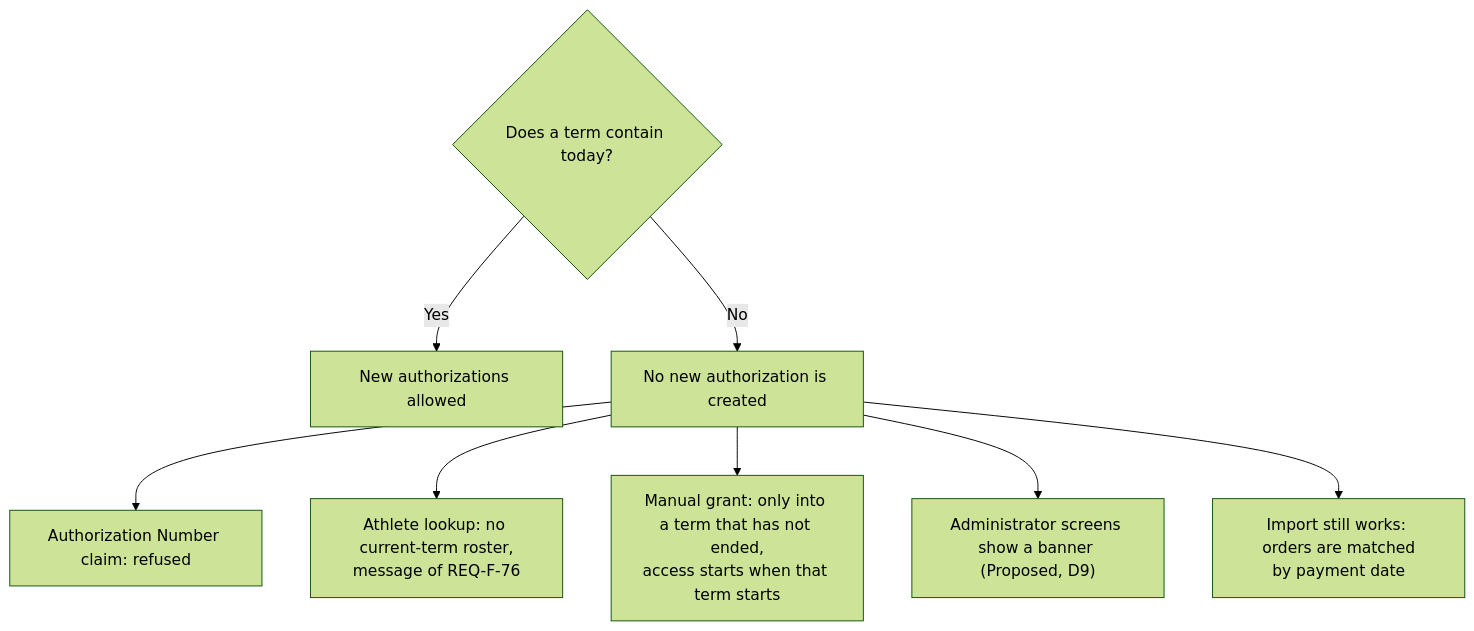
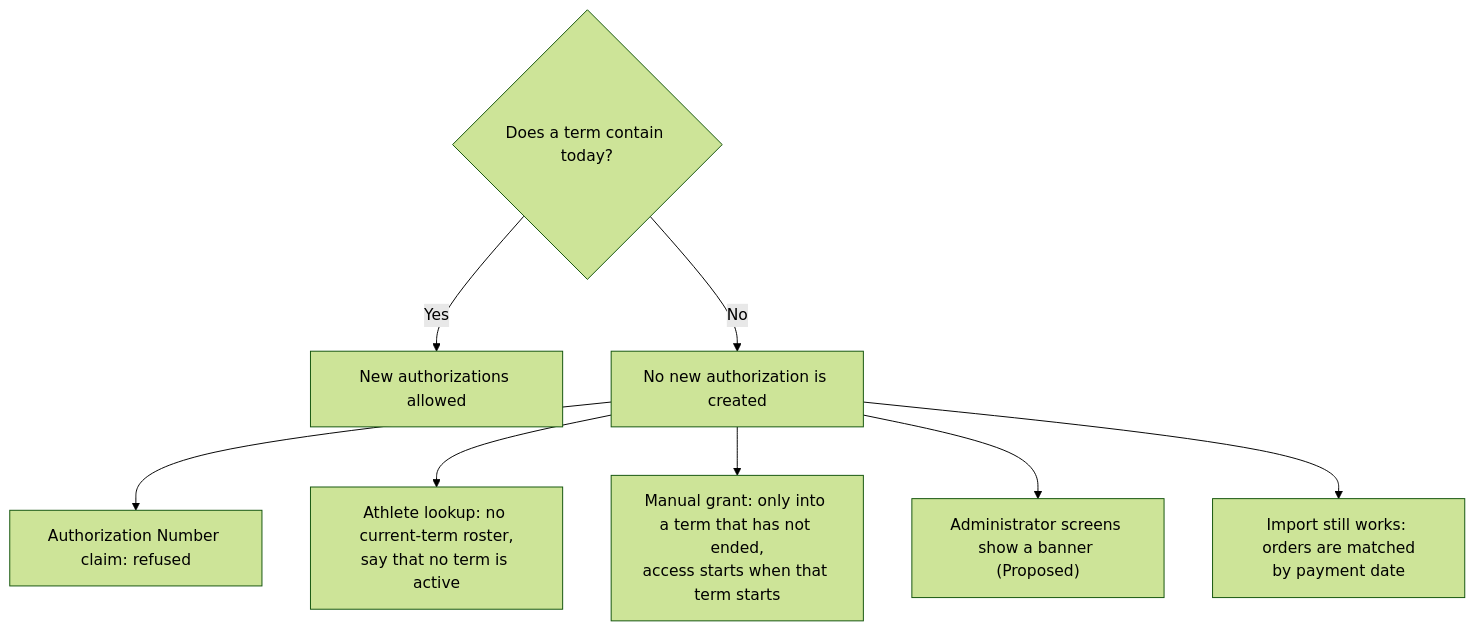
Before and after one commit to Th3-Minorities/natatorio-gym-app: the ninth of 17 diagrams in docs/design/admin-flows.md, drawn with Mermaid (forest theme). The commit also changed other lines of this file, not shown here.

Commit message:
Add the recovery code flow and the PIN version to the admin flows

````diff
--- a/docs/design/admin-flows.md
+++ b/docs/design/admin-flows.md
@@ -206,10 +265,10 @@
 ```mermaid
 flowchart TD
   N1{"Does a term contain today?"} -->|"Yes"| N2["New authorizations allowed"]
   N1 -->|"No"| N3["No new authorization is created"]
   N3 --> N4["Authorization Number claim: refused"]
-  N3 --> N5["Athlete lookup: no current-term roster,<br/>message of REQ-F-76"]
+  N3 --> N5["Athlete lookup: no current-term roster,<br/>say that no term is active"]
   N3 --> N6["Manual grant: only into a term that has not ended,<br/>access starts when that term starts"]
-  N3 --> N7["Administrator screens show a banner (Proposed, D9)"]
+  N3 --> N7["Administrator screens show a banner (Proposed)"]
   N3 --> N8["Import still works: orders are matched<br/>by payment date"]
 ```
````
